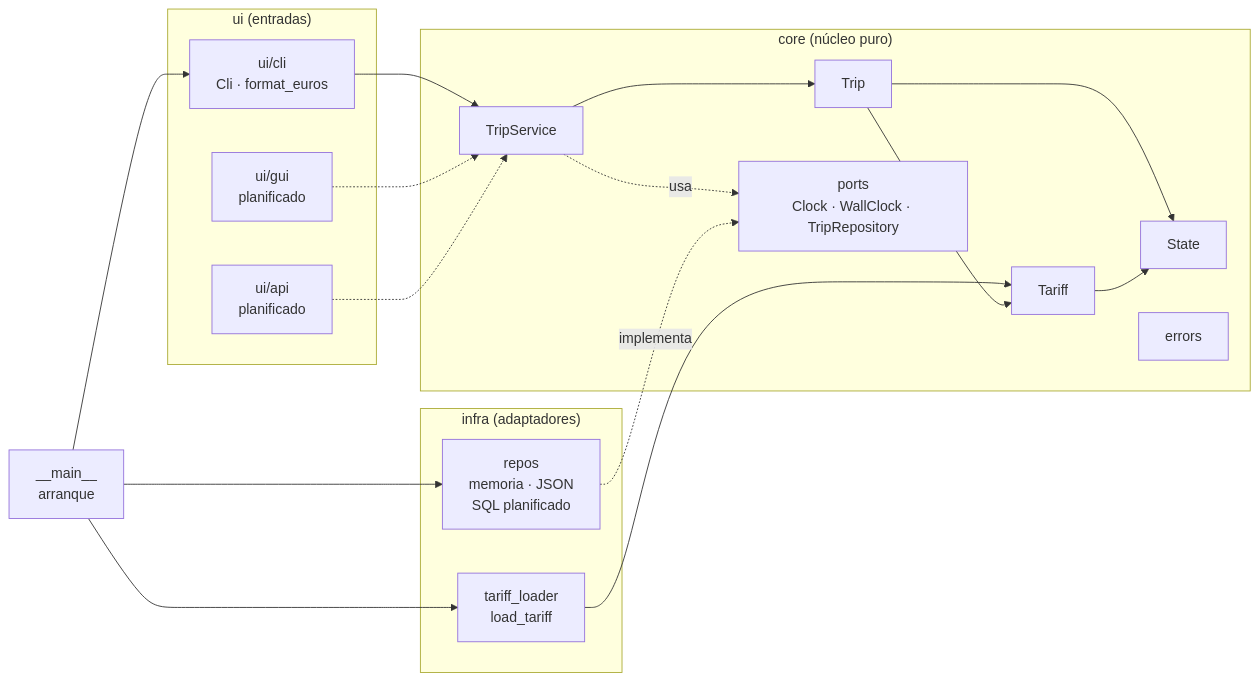
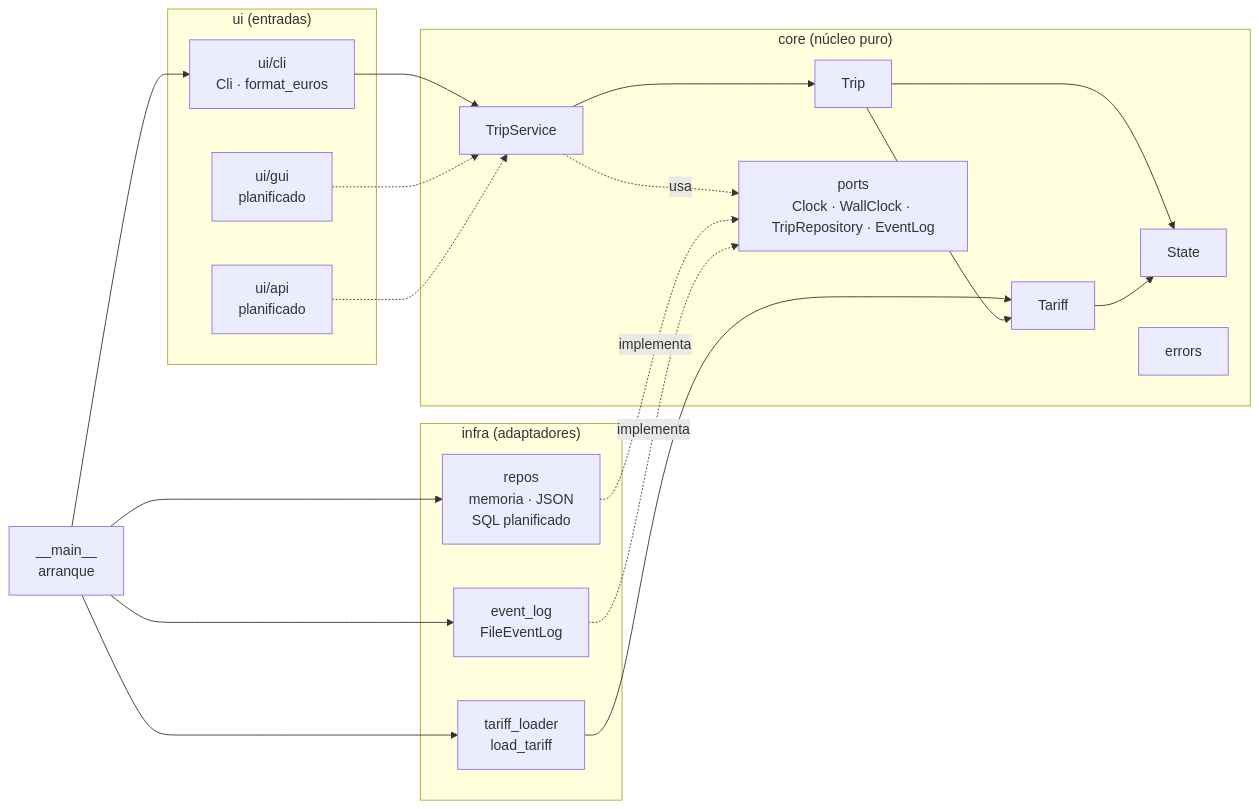
One commit to josegalindo-aidev/F5-project-py-taximetro changed the first of 4 diagrams in docs/ARCHITECTURE.md. Above: the diagram before and after it, drawn with Mermaid. The commit also changed other lines of this file and 3 other files, not shown here.

````diff
--- a/docs/ARCHITECTURE.md
+++ b/docs/ARCHITECTURE.md
@@ -61,38 +62,41 @@
 ```mermaid
 flowchart LR
     MAIN["__main__<br/>arranque"]
 
     subgraph UI["ui (entradas)"]
         CLI["ui/cli<br/>Cli · format_euros"]
         GUI["ui/gui<br/>planificado"]
         API["ui/api<br/>planificado"]
     end
 
     subgraph CORE["core (núcleo puro)"]
         SVC["TripService"]
         TRIP["Trip"]
         TAR["Tariff"]
         ST["State"]
         ERR["errors"]
-        PORTS["ports<br/>Clock · WallClock · TripRepository"]
+        PORTS["ports<br/>Clock · WallClock · TripRepository · EventLog"]
     end
 
     subgraph INFRA["infra (adaptadores)"]
         LOADER["tariff_loader<br/>load_tariff"]
         REPOS["repos<br/>memoria · JSON<br/>SQL planificado"]
+        EVLOG["event_log<br/>FileEventLog"]
     end
 
     MAIN --> CLI
     MAIN --> LOADER
     MAIN --> REPOS
+    MAIN --> EVLOG
     LOADER --> TAR
     CLI --> SVC
     SVC --> TRIP
     TRIP --> TAR
     TRIP --> ST
     TAR --> ST
     SVC -. usa .-> PORTS
     REPOS -. implementa .-> PORTS
+    EVLOG -. implementa .-> PORTS
     GUI -.-> SVC
     API -.-> SVC
 ```
````
